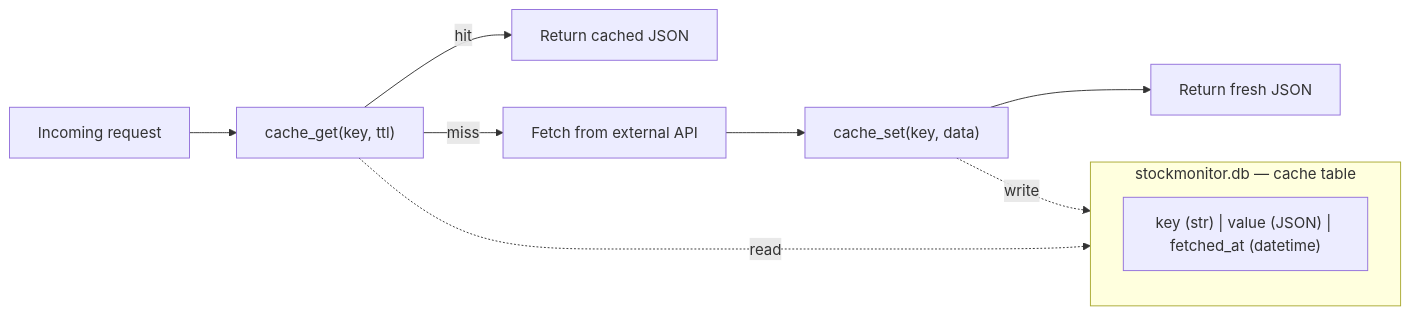
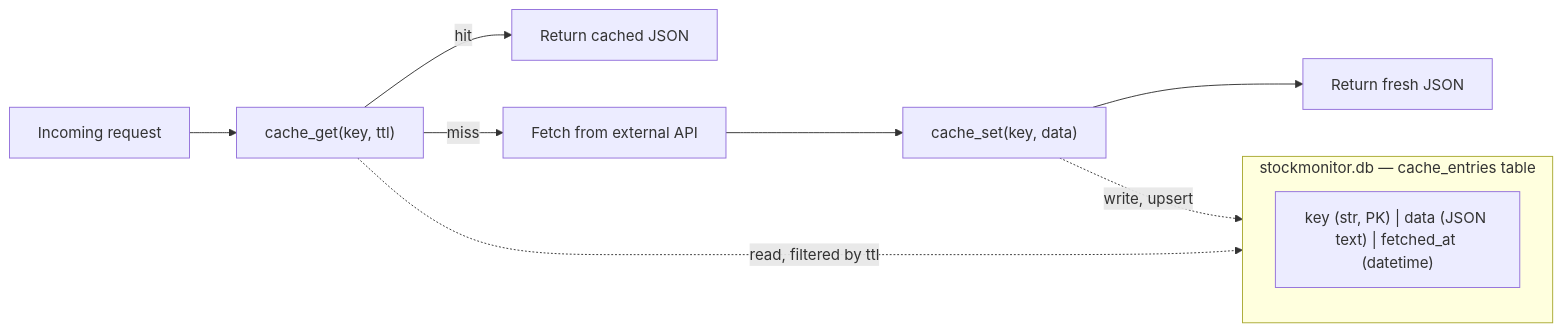
The seventh of 7 diagrams in ARCHITECTURE.md (rcoder29/stockmonitor), drawn with Mermaid before and after one commit. The commit also changed other lines of this file and 1 other file, not shown here.

First line of the commit message:
Update ARCHITECTURE.md and PRODUCT_ENHANCEMENTS.md for recent builds

````diff
--- a/ARCHITECTURE.md
+++ b/ARCHITECTURE.md
@@ -167,14 +249,14 @@
 ```mermaid
 flowchart LR
     req["Incoming request"] --> cg["cache_get(key, ttl)"]
     cg -->|hit| resp["Return cached JSON"]
     cg -->|miss| fetch["Fetch from external API"]
     fetch --> cs["cache_set(key, data)"]
     cs --> resp2["Return fresh JSON"]
 
-    subgraph SQLite["stockmonitor.db — cache table"]
-        rows["key (str) | value (JSON) | fetched_at (datetime)"]
+    subgraph SQLite["stockmonitor.db — cache_entries table"]
+        rows["key (str, PK) | data (JSON text) | fetched_at (datetime)"]
     end
-    cg -.->|read| SQLite
-    cs -.->|write| SQLite
+    cg -.->|read, filtered by ttl| SQLite
+    cs -.->|write, upsert| SQLite
 ```
````
